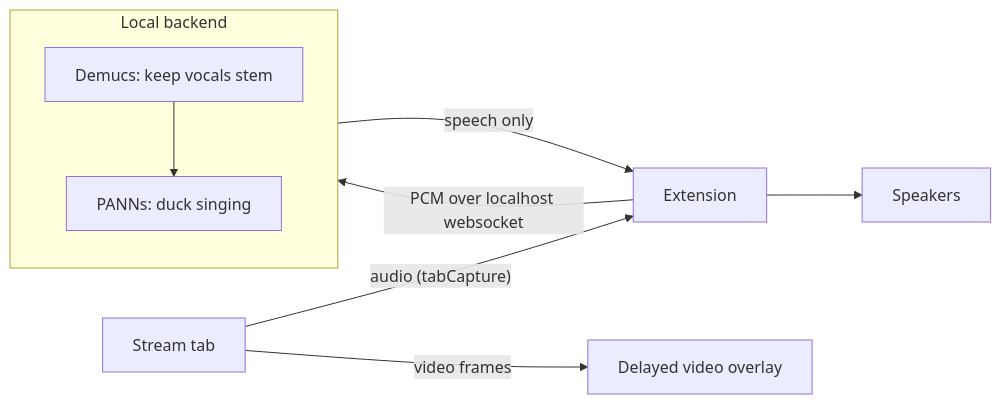
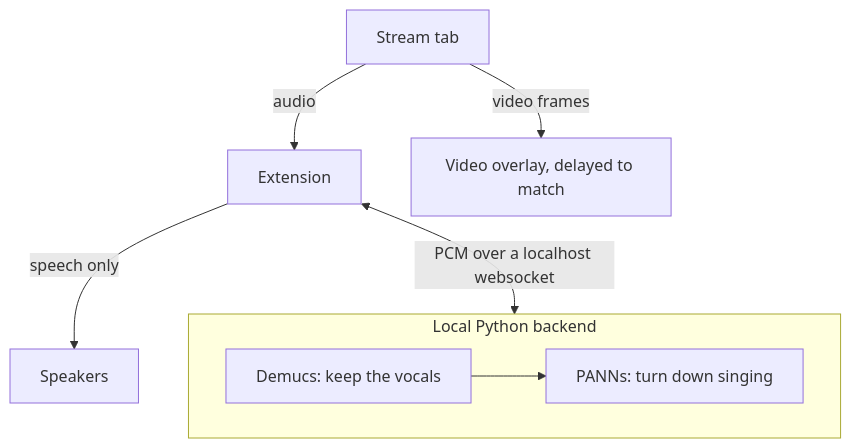
Before and after one commit to AngusA1210/StreamerIsolate: the diagram in README.md, drawn with Mermaid. The commit also changed other lines of this file and 3 other files, not shown here.

Commit message:
README: dark-theme figure and a narrower architecture diagram

````diff
--- a/README.md
+++ b/README.md
@@ -34,11 +37,11 @@
 ```mermaid
-flowchart LR
-  tab["Stream tab"] -->|"audio (tabCapture)"| ext["Extension"]
-  ext -->|"PCM over localhost websocket"| backend
-  subgraph backend["Local backend"]
-    demucs["Demucs: keep vocals stem"] --> panns["PANNs: duck singing"]
+flowchart TD
+  tab["Stream tab"] -->|audio| ext["Extension"]
+  tab -->|video frames| overlay["Video overlay, delayed to match"]
+  ext <-->|"PCM over a localhost websocket"| backend
+  subgraph backend["Local Python backend"]
+    direction LR
+    demucs["Demucs: keep the vocals"] --> panns["PANNs: turn down singing"]
   end
-  backend -->|"speech only"| ext
-  ext --> speakers["Speakers"]
-  tab -->|"video frames"| overlay["Delayed video overlay"]
+  ext -->|speech only| speakers["Speakers"]
 ```
````
